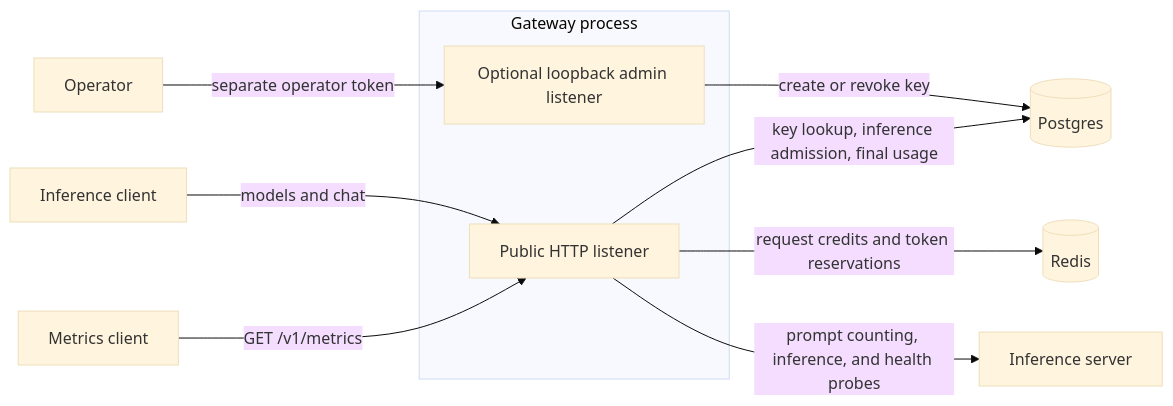
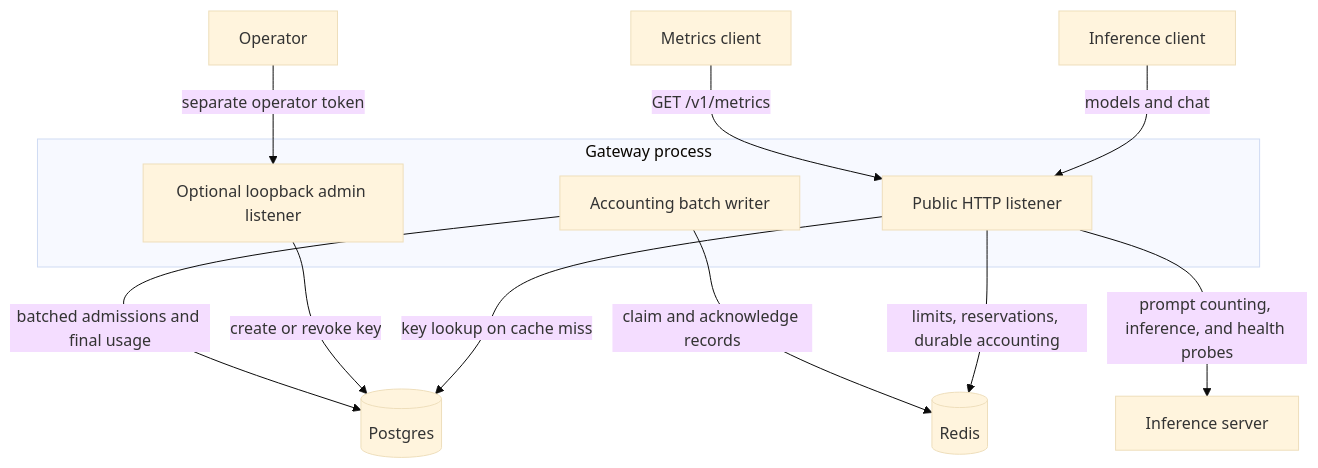
Before and after one commit to TheRealShek/llmgate: the diagram in README.md, drawn with Mermaid (base theme). The commit also changed other lines of this file and 47 other files, not shown here.

First line of the commit message:
Phase 1 complete: durable accounting and final verification

````diff
--- a/README.md
+++ b/README.md
@@ -38,14 +41,17 @@
 ```mermaid
-flowchart LR
+flowchart TB
     Client[Inference client] -->|models and chat| Public
     Operator[Operator] -->|separate operator token| Admin
     Scraper[Metrics client] -->|GET /v1/metrics| Public
     subgraph Gateway[Gateway process]
         Public[Public HTTP listener]
         Admin[Optional loopback admin listener]
+        Writer[Accounting batch writer]
     end
-    Public -->|key lookup, inference admission, final usage| PG[(Postgres)]
+    Public -->|key lookup on cache miss| PG[(Postgres)]
     Admin -->|create or revoke key| PG
-    Public -->|request credits and token reservations| Redis[(Redis)]
+    Public -->|limits, reservations, durable accounting| Redis[(Redis)]
+    Writer -->|claim and acknowledge records| Redis
+    Writer -->|batched admissions and final usage| PG
     Public -->|prompt counting, inference, and health probes| Backend[Inference server]
 ```
````
